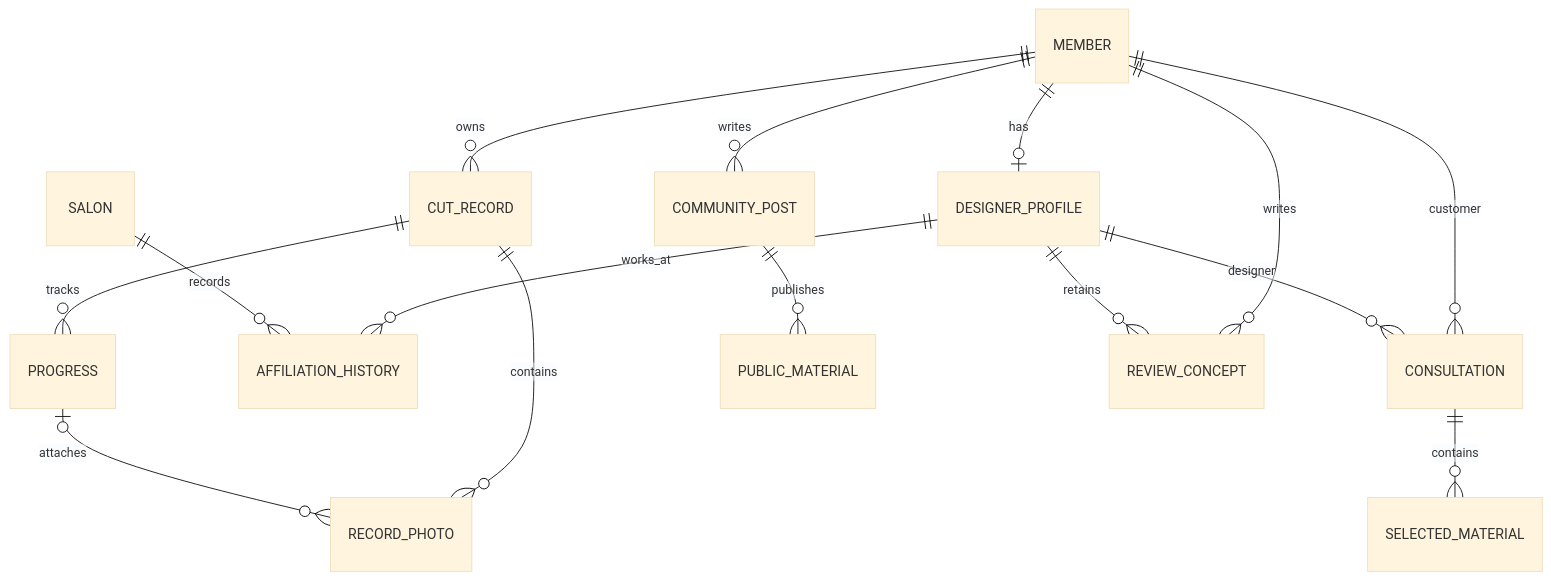
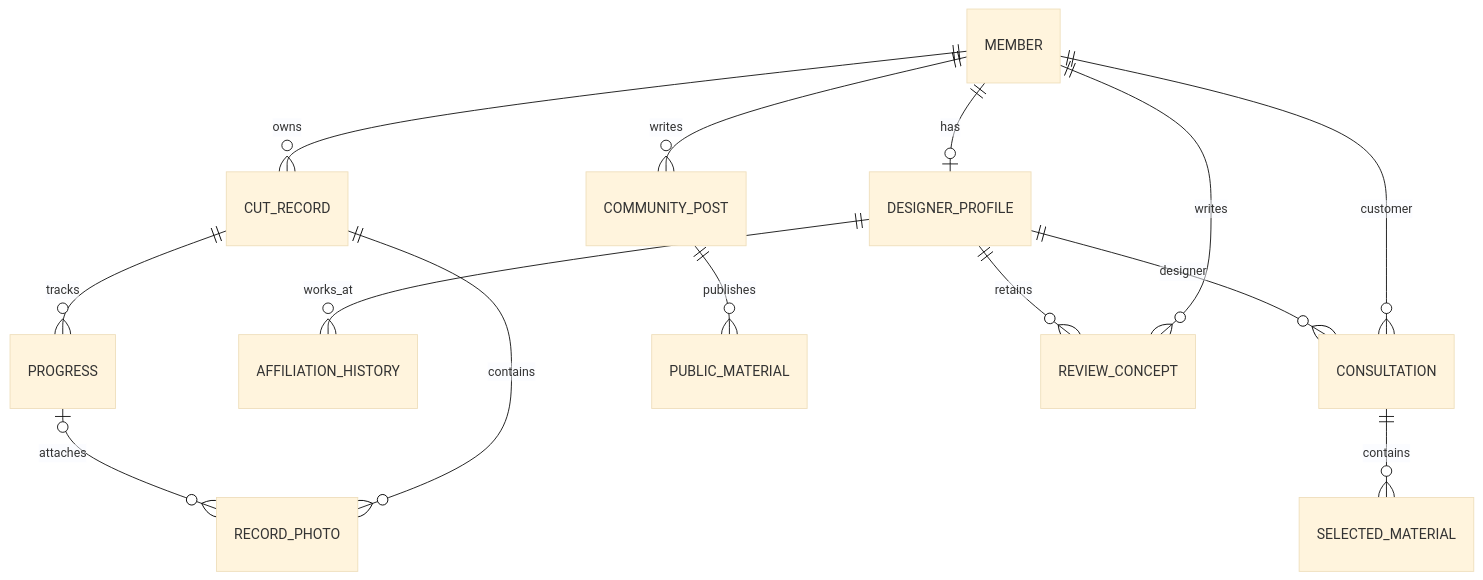
The diagram in docs/development-contract.md (8192KB/SALU), drawn with Mermaid (base theme) before and after one commit. The commit also changed other lines of this file and 26 other files, not shown here.

````diff
--- a/docs/development-contract.md
+++ b/docs/development-contract.md
@@ -54,17 +54,16 @@
 ```mermaid
 erDiagram
     MEMBER ||--o| DESIGNER_PROFILE : has
     MEMBER ||--o{ CUT_RECORD : owns
     CUT_RECORD ||--o{ PROGRESS : tracks
     CUT_RECORD ||--o{ RECORD_PHOTO : contains
     PROGRESS o|--o{ RECORD_PHOTO : attaches
     DESIGNER_PROFILE ||--o{ AFFILIATION_HISTORY : works_at
-    SALON ||--o{ AFFILIATION_HISTORY : records
     MEMBER ||--o{ CONSULTATION : customer
     DESIGNER_PROFILE ||--o{ CONSULTATION : designer
     CONSULTATION ||--o{ SELECTED_MATERIAL : contains
     MEMBER ||--o{ COMMUNITY_POST : writes
     COMMUNITY_POST ||--o{ PUBLIC_MATERIAL : publishes
     MEMBER ||--o{ REVIEW_CONCEPT : writes
     DESIGNER_PROFILE ||--o{ REVIEW_CONCEPT : retains
 ```
````
